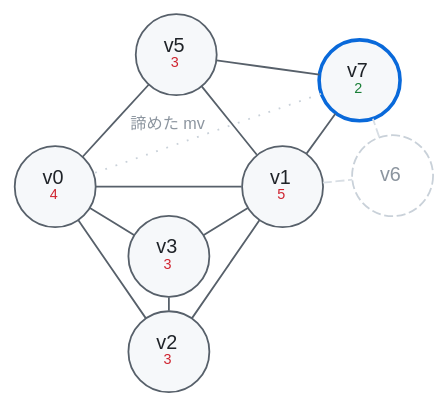
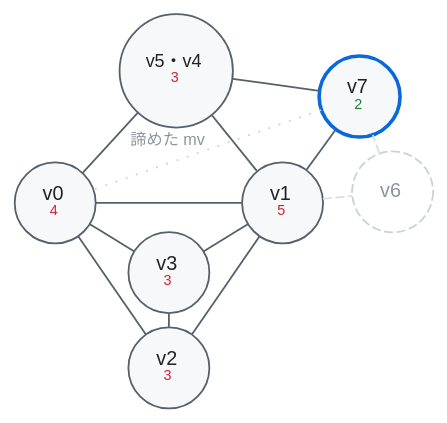
Before and after one commit to aita/CompLab: the diagram in Sable/compiler/doc/figures/wt-4-freeze.dot, drawn with Graphviz. The commit also changed 8 other files, not shown here.

```diff
--- a/Sable/compiler/doc/figures/wt-4-freeze.dot
+++ b/Sable/compiler/doc/figures/wt-4-freeze.dot
@@ -1,37 +1,37 @@
 // One state of the worked example in doc/regalloc.md section 7.  K is 3.
 // The graph, the degrees and the order of the steps all come from
 // tests/walkthrough.exe; nothing here was worked out by hand.
 //
 // The wt-*.dot files share the style block and the pinned positions below;
 // keep them in step, or a node will jump from one panel to the next.
 // Render with ./render.sh (needs graphviz).
 graph wt {
   layout = neato;
   overlap = false;
   splines = true;
   bgcolor = "transparent";
   node [shape = circle, style = filled, fillcolor = "#f6f8fa",
         color = "#57606a", fontcolor = "#1f2328",
         fontname = "Helvetica", fontsize = 11, width = 0.62, fixedsize = true];
   edge [color = "#57606a", dir = none, fontname = "Helvetica", fontsize = 9];
   v0 [label = <v0<BR/><FONT POINT-SIZE="8" COLOR="#cf222e">4</FONT>>, fillcolor = "#f6f8fa", color = "#57606a" pos = "-1.55,0.1!"];
   v1 [label = <v1<BR/><FONT POINT-SIZE="8" COLOR="#cf222e">5</FONT>>, fillcolor = "#f6f8fa", color = "#57606a" pos = "1.55,0.1!"];
   v2 [label = <v2<BR/><FONT POINT-SIZE="8" COLOR="#cf222e">3</FONT>>, fillcolor = "#f6f8fa", color = "#57606a" pos = "0,-2.15!"];
   v3 [label = <v3<BR/><FONT POINT-SIZE="8" COLOR="#cf222e">3</FONT>>, fillcolor = "#f6f8fa", color = "#57606a" pos = "0,-0.85!"];
-  v5 [label = <v5<BR/><FONT POINT-SIZE="8" COLOR="#cf222e">3</FONT>>, fillcolor = "#f6f8fa", color = "#57606a" pos = "0.1,1.9!"];
+  v5 [width = 0.88, fontsize = 10, label = <v5・v4<BR/><FONT POINT-SIZE="8" COLOR="#cf222e">3</FONT>>, fillcolor = "#f6f8fa", color = "#57606a" pos = "0.1,1.9!"];
   v7 [label = <v7<BR/><FONT POINT-SIZE="8" COLOR="#1a7f37">2</FONT>>, fillcolor = "#f6f8fa", color = "#0969da", penwidth = 2 pos = "2.6,1.55!"];
   v6 [label = <<FONT COLOR="#8c959f">v6</FONT>>, style = "filled,dashed", fillcolor = "#ffffff", color = "#c9d1d9" pos = "3.05,0.25!"];
   v0 -- v1 [color = "#57606a"];
   v0 -- v2 [color = "#57606a"];
   v0 -- v3 [color = "#57606a"];
   v0 -- v5 [color = "#57606a"];
   v1 -- v2 [color = "#57606a"];
   v1 -- v3 [color = "#57606a"];
   v1 -- v5 [color = "#57606a"];
   v1 -- v6 [color = "#d8dee4", style = dashed];
   v1 -- v7 [color = "#57606a"];
   v2 -- v3 [color = "#57606a"];
   v5 -- v7 [color = "#57606a"];
   v6 -- v7 [color = "#d8dee4", style = dashed];
   v7 -- v0 [style = dotted, color = "#c9d1d9", label = "諦めた mv", fontcolor = "#8c959f"];
 }
```
